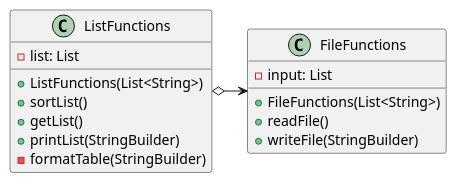
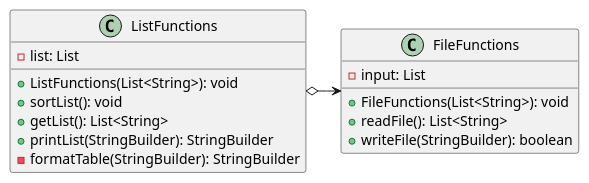
Before and after one commit to ivy-nguyen18/nguyen-cop3330-assignment3: the diagram in src/main/resources/ex41/NameSorter.puml, drawn with PlantUML. The commit also changed 7 other files, not shown here.

Commit message:
redo plantUML

```diff
--- a/src/main/resources/ex41/NameSorter.puml
+++ b/src/main/resources/ex41/NameSorter.puml
@@ -1,26 +1,26 @@
 @startuml
 'https://plantuml.com/class-diagram
 
 ListFunctions o-> FileFunctions
 
 class FileFunctions {
     - input: List
 
-    + FileFunctions(List<String>)
-    + readFile()
-    + writeFile(StringBuilder)
+    + FileFunctions(List<String>): void
+    + readFile(): List<String>
+    + writeFile(StringBuilder): boolean
 }
 
 class ListFunctions {
     - list: List
 
-    + ListFunctions(List<String>)
-    + sortList()
-    + getList()
-    + printList(StringBuilder)
-    - formatTable(StringBuilder)
+    + ListFunctions(List<String>): void
+    + sortList(): void
+    + getList(): List<String>
+    + printList(StringBuilder): StringBuilder
+    - formatTable(StringBuilder): StringBuilder
 }
 
 
 
 @enduml
```
